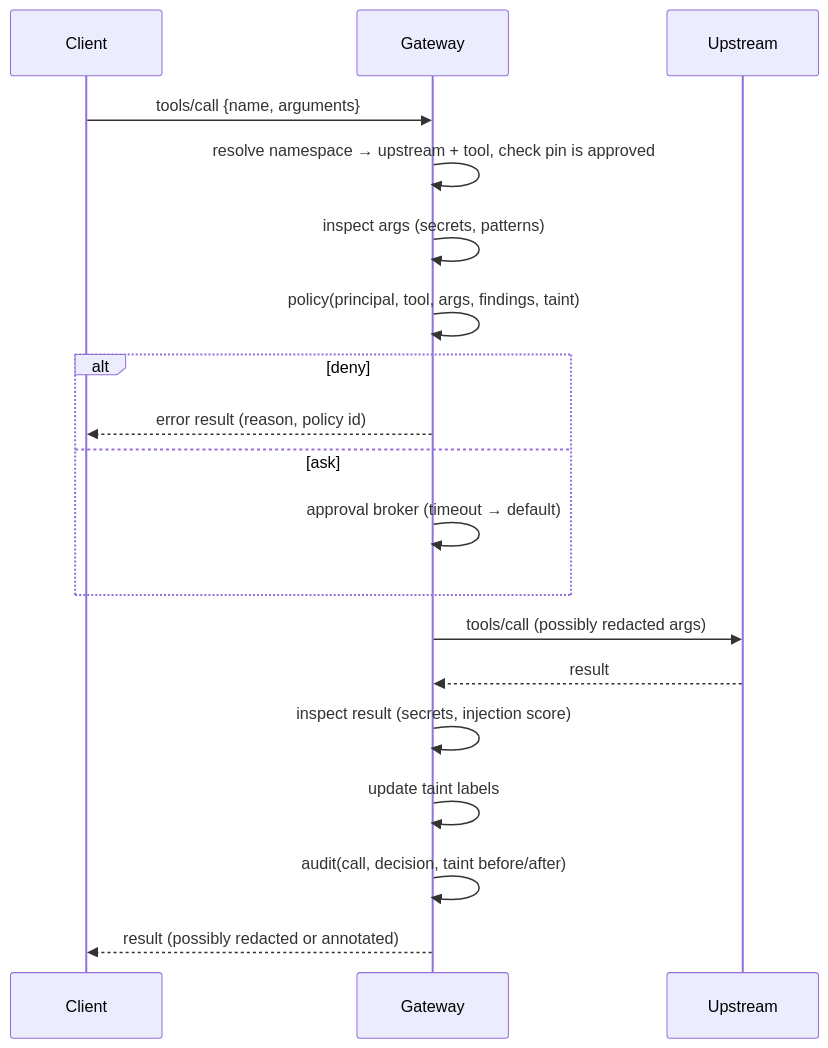
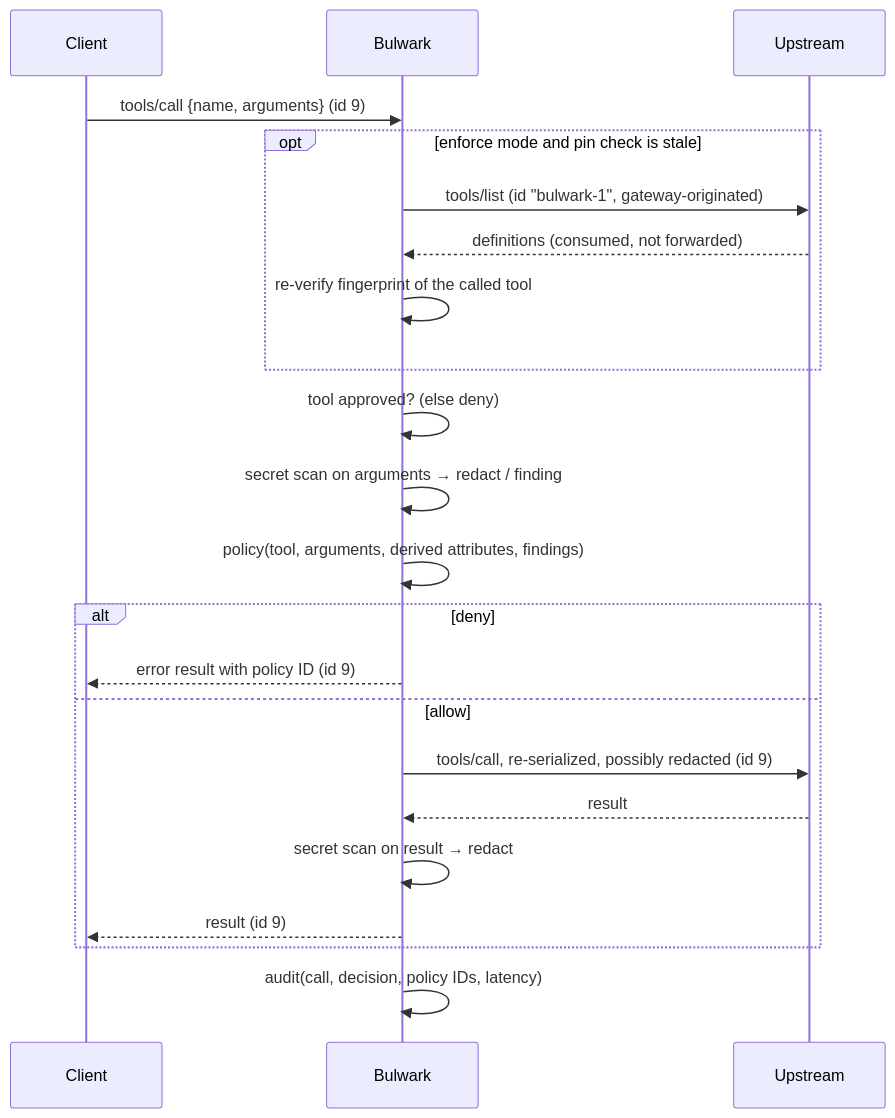
Before and after one commit to 1337-llama/robust-mcp-bulwark: the fourth of 6 diagrams in DESIGN.md, drawn with Mermaid. The commit also changed other lines of this file and 5 other files, not shown here.

First line of the commit message:
Design 02: architecture, threat model, language and policy engine

````diff
--- a/DESIGN.md
+++ b/DESIGN.md
@@ -253,21 +287,24 @@
 ```mermaid
 sequenceDiagram
   participant C as Client
-  participant G as Gateway
+  participant B as Bulwark
   participant U as Upstream
-  C->>G: tools/call {name, arguments}
-  G->>G: resolve namespace → upstream + tool, check pin is approved
-  G->>G: inspect args (secrets, patterns)
-  G->>G: policy(principal, tool, args, findings, taint)
+  C->>B: tools/call {name, arguments} (id 9)
+  opt enforce mode and pin check is stale
+    B->>U: tools/list (id "bulwark-1", gateway-originated)
+    U-->>B: definitions (consumed, not forwarded)
+    B->>B: re-verify fingerprint of the called tool
+  end
+  B->>B: tool approved? (else deny)
+  B->>B: secret scan on arguments → redact / finding
+  B->>B: policy(tool, arguments, derived attributes, findings)
   alt deny
-    G-->>C: error result (reason, policy id)
-  else ask
-    G->>G: approval broker (timeout → default)
+    B-->>C: error result with policy ID (id 9)
+  else allow
+    B->>U: tools/call, re-serialized, possibly redacted (id 9)
+    U-->>B: result
+    B->>B: secret scan on result → redact
+    B-->>C: result (id 9)
   end
-  G->>U: tools/call (possibly redacted args)
-  U-->>G: result
-  G->>G: inspect result (secrets, injection score)
-  G->>G: update taint labels
-  G->>G: audit(call, decision, taint before/after)
-  G-->>C: result (possibly redacted or annotated)
+  B->>B: audit(call, decision, policy IDs, latency)
 ```
````
